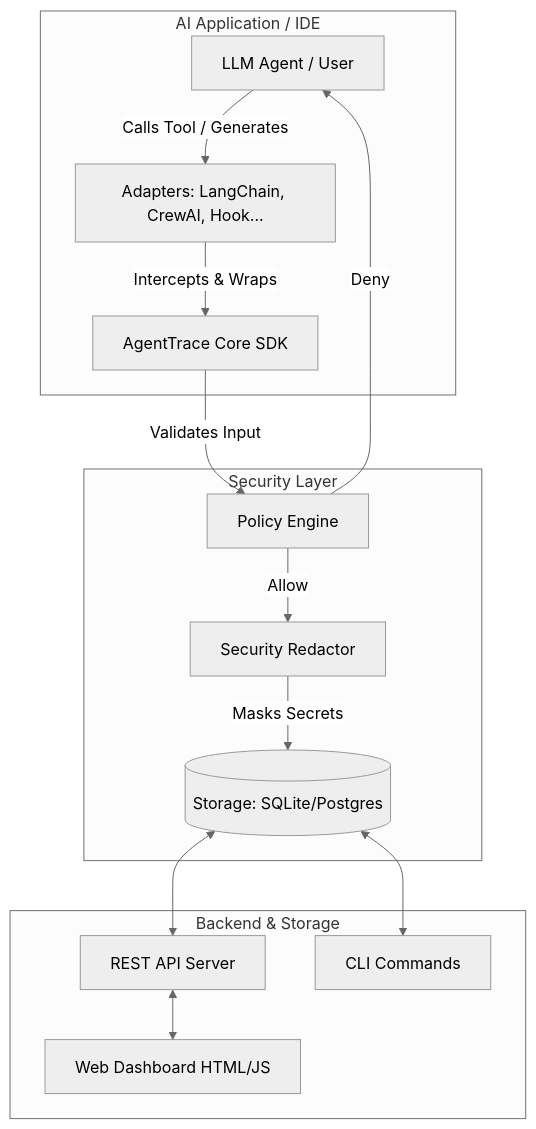
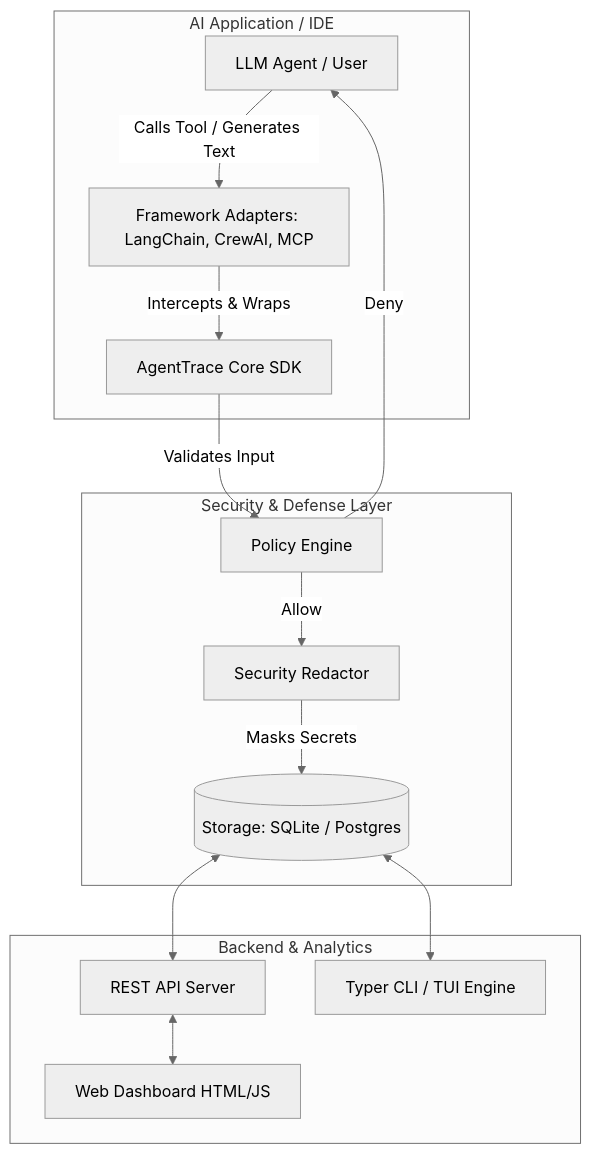
The diagram in docs/02-architecture.md (hikarixx/agenttrace), drawn with Mermaid (neutral theme) before and after one commit. The commit also changed other lines of this file and 41 other files, not shown here.

````diff
--- a/docs/02-architecture.md
+++ b/docs/02-architecture.md
@@ -11,32 +11,32 @@
 ```mermaid
 graph TD
     subgraph Client [AI Application / IDE]
         Agent[LLM Agent / User]
-        Adapters[Adapters: LangChain, CrewAI, Hook...]
+        Adapters[Framework Adapters: LangChain, CrewAI, MCP]
         SDK[AgentTrace Core SDK]
         
-        Agent -->|Calls Tool / Generates| Adapters
+        Agent -->|Calls Tool / Generates Text| Adapters
         Adapters -->|Intercepts & Wraps| SDK
     end
 
-    subgraph Security [Security Layer]
+    subgraph Defense [Security & Defense Layer]
         Policy[Policy Engine]
         Redactor[Security Redactor]
         
         SDK -->|Validates Input| Policy
         Policy -->|Deny| Agent
         Policy -->|Allow| Redactor
         Redactor -->|Masks Secrets| Storage
     end
 
-    subgraph Server [Backend & Storage]
-        Storage[(Storage: SQLite/Postgres)]
+    subgraph Server [Backend & Analytics]
+        Storage[(Storage: SQLite / Postgres)]
         FastAPI[REST API Server]
         Dashboard[Web Dashboard HTML/JS]
-        CLI[CLI Commands]
+        CLI[Typer CLI / TUI Engine]
         
         Storage <--> FastAPI
         FastAPI <--> Dashboard
         Storage <--> CLI
     end
 ```
````
